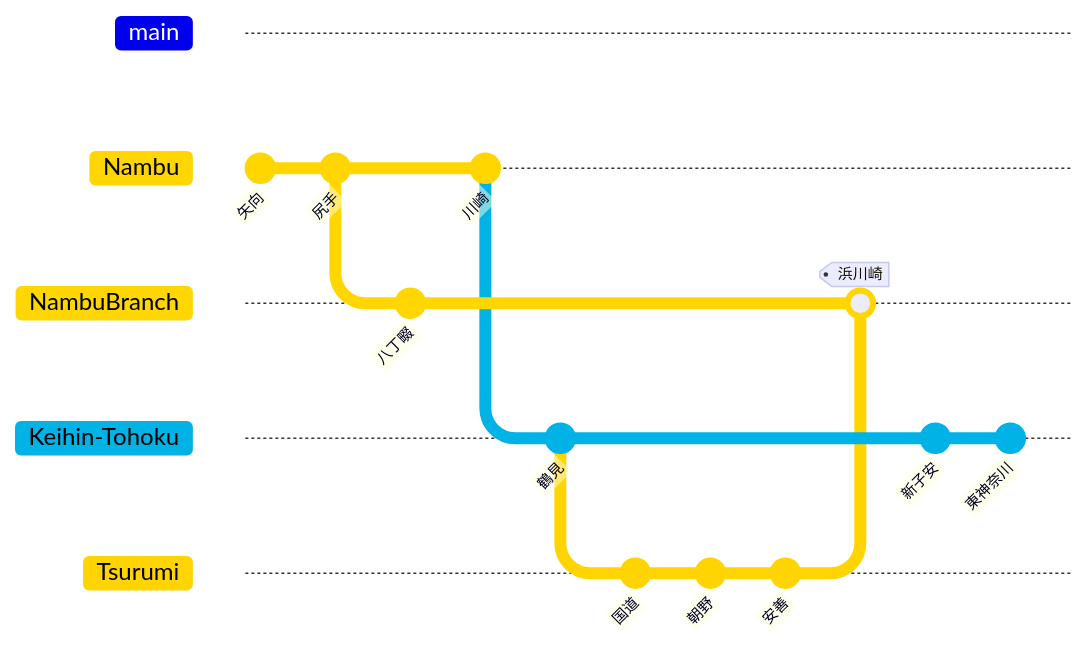
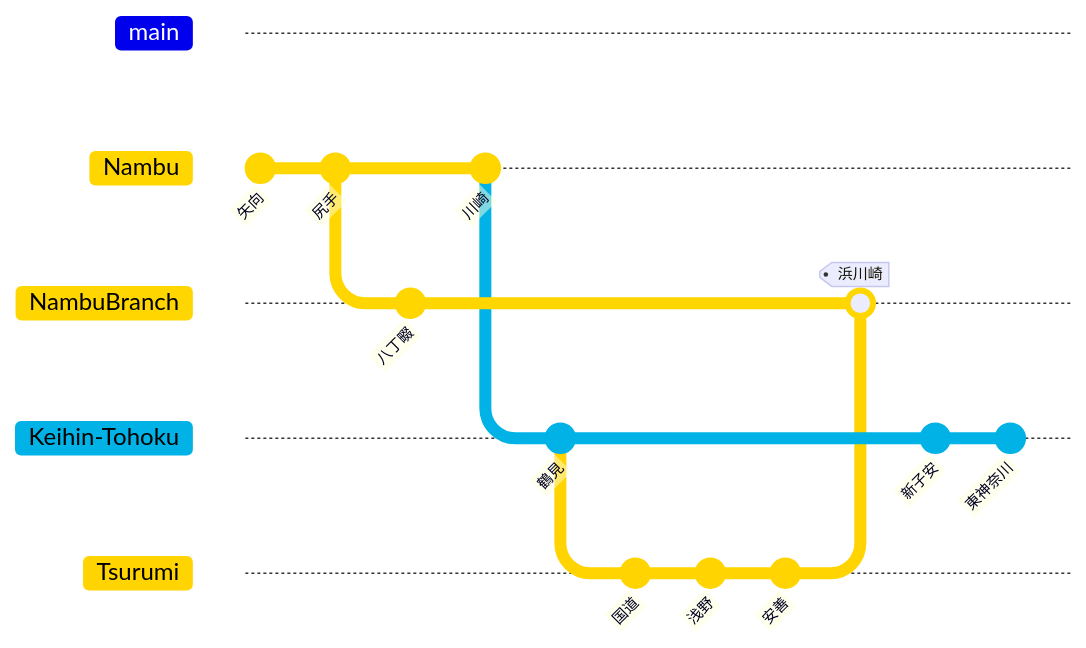
One commit to gghatano/git-railline changed the diagram in Nambu.md. Above: the diagram before and after it, drawn with Mermaid.

````diff
--- a/Nambu.md
+++ b/Nambu.md
@@ -1,34 +1,34 @@
 ```mermaid
 %%{init: { 
  'themeVariables': {
         'git1': '#ffd600', 
         'git2': '#ffd600', 
         'git3': '#00b2e5',
         'git4': '#ffd400',
         'gitBranchLabel1': '#000000',
         'gitBranchLabel2': '#000000',
         'gitBranchLabel3': '#000000',
         'gitBranchLabel4': '#000000'
     }
 } }%%
 gitGraph
        branch Nambu
        commit id: "矢向"
        commit id: "尻手"
        branch NambuBranch
        commit id: "八丁畷"
        checkout Nambu
        commit id: "川崎"
        branch Keihin-Tohoku
        commit id: "鶴見"
        branch Tsurumi
        checkout Tsurumi
        commit id: "国道"
-       commit id: "朝野"
+       commit id: "浅野"
        commit id: "安善"
        checkout NambuBranch
        merge Tsurumi tag: "浜川崎"
        checkout Keihin-Tohoku
        commit id: "新子安"
        commit id: "東神奈川"
 ```
````
